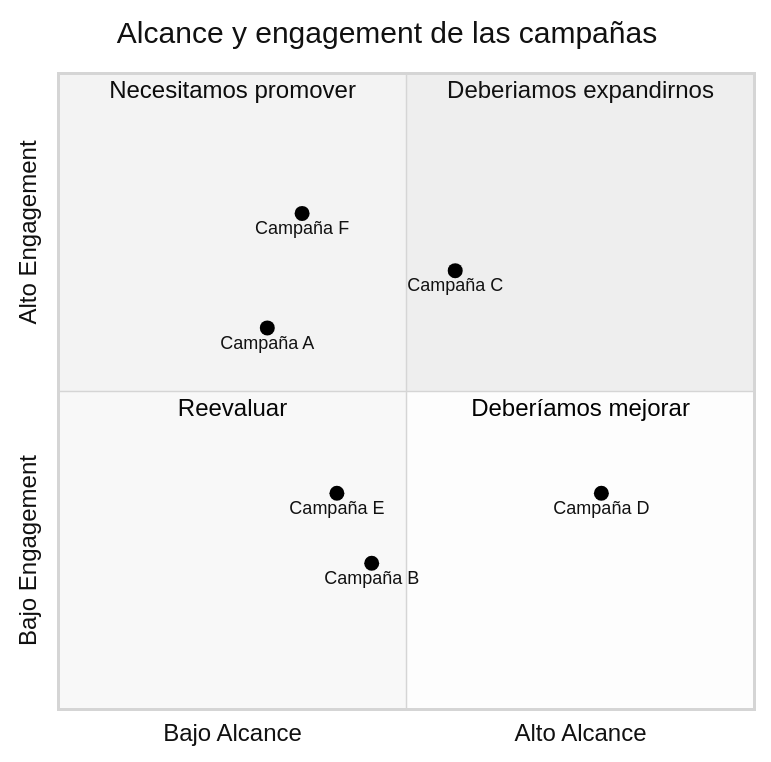
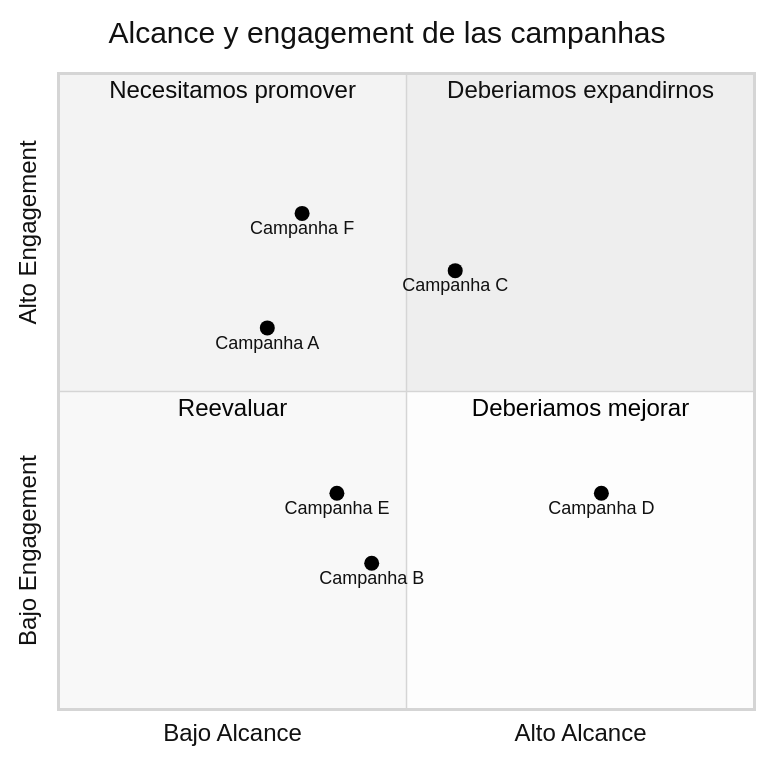
One commit to miguelancabezon/IGPS changed the seventh of 8 diagrams in temario/4-markdown/clase-8-markdown-avanzado.md. Above: the diagram before and after it, drawn with Mermaid (neutral theme). The commit also changed other lines of this file, not shown here.

````diff
--- a/temario/4-markdown/clase-8-markdown-avanzado.md
+++ b/temario/4-markdown/clase-8-markdown-avanzado.md
@@ -295,16 +295,16 @@
 ```mermaid
 quadrantChart
-    title Alcance y engagement de las campañas
+    title Alcance y engagement de las campanhas
     x-axis Bajo Alcance --> Alto Alcance
     y-axis Bajo Engagement --> Alto Engagement
     quadrant-1 Deberiamos expandirnos
     quadrant-2 Necesitamos promover
     quadrant-3 Reevaluar
-    quadrant-4 Deberíamos mejorar
-    Campaña A: [0.3, 0.6]
-    Campaña B: [0.45, 0.23]
-    Campaña C: [0.57, 0.69]
-    Campaña D: [0.78, 0.34]
-    Campaña E: [0.40, 0.34]
-    Campaña F: [0.35, 0.78]
+    quadrant-4 Deberiamos mejorar
+    Campanha A: [0.3, 0.6]
+    Campanha B: [0.45, 0.23]
+    Campanha C: [0.57, 0.69]
+    Campanha D: [0.78, 0.34]
+    Campanha E: [0.40, 0.34]
+    Campanha F: [0.35, 0.78]
 ```
````
